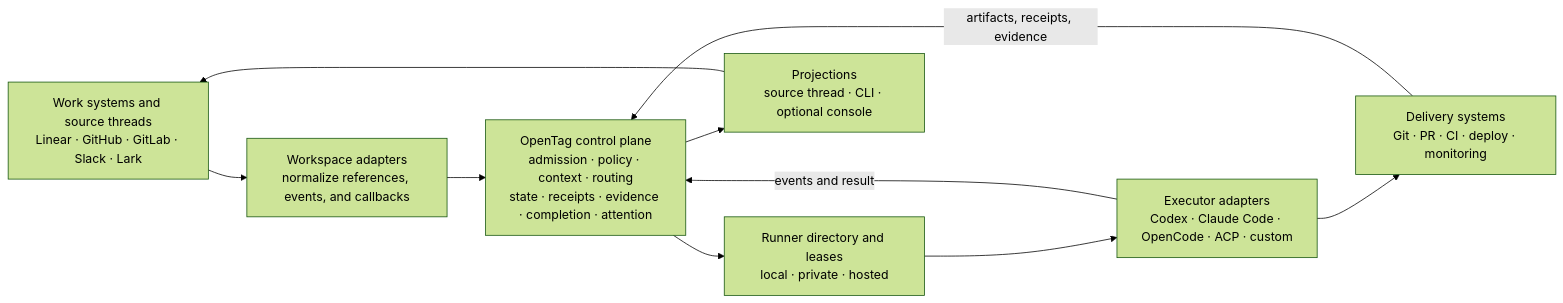
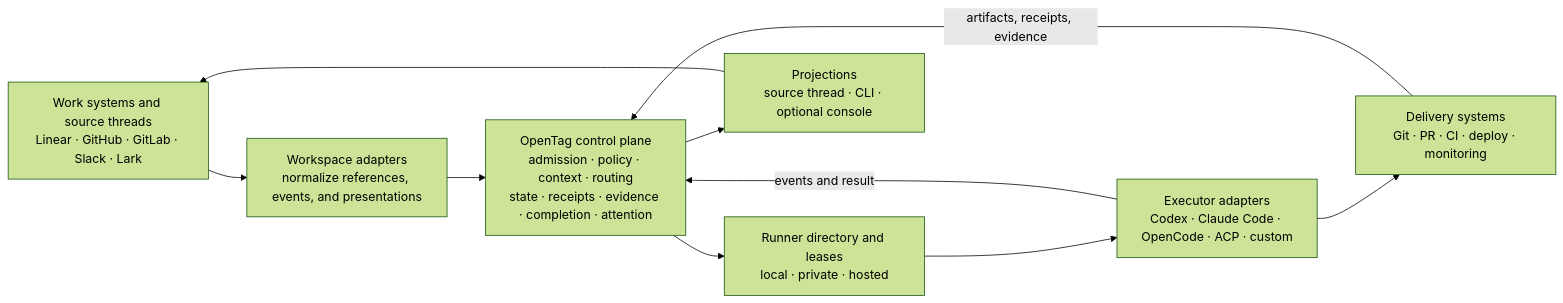
The first of 2 diagrams in docs/software-factory-control-plane.md (Picrew/opentag), drawn with Mermaid (forest theme) before and after one commit. The commit also changed other lines of this file and 21 other files, not shown here.

````diff
--- a/docs/software-factory-control-plane.md
+++ b/docs/software-factory-control-plane.md
@@ -213,16 +213,16 @@
 ```mermaid
 flowchart LR
   W["Work systems and source threads\nLinear · GitHub · GitLab · Slack · Lark"]
-  A["Workspace adapters\nnormalize references, events, and callbacks"]
+  A["Workspace adapters\nnormalize references, events, and presentations"]
   C["OpenTag control plane\nadmission · policy · context · routing\nstate · receipts · evidence · completion · attention"]
   R["Runner directory and leases\nlocal · private · hosted"]
   E["Executor adapters\nCodex · Claude Code · OpenCode · ACP · custom"]
   D["Delivery systems\nGit · PR · CI · deploy · monitoring"]
   P["Projections\nsource thread · CLI · optional console"]
 
   W --> A --> C
   C --> R --> E --> D
   D -->|"artifacts, receipts, evidence"| C
   E -->|"events and result"| C
   C --> P --> W
 ```
````
